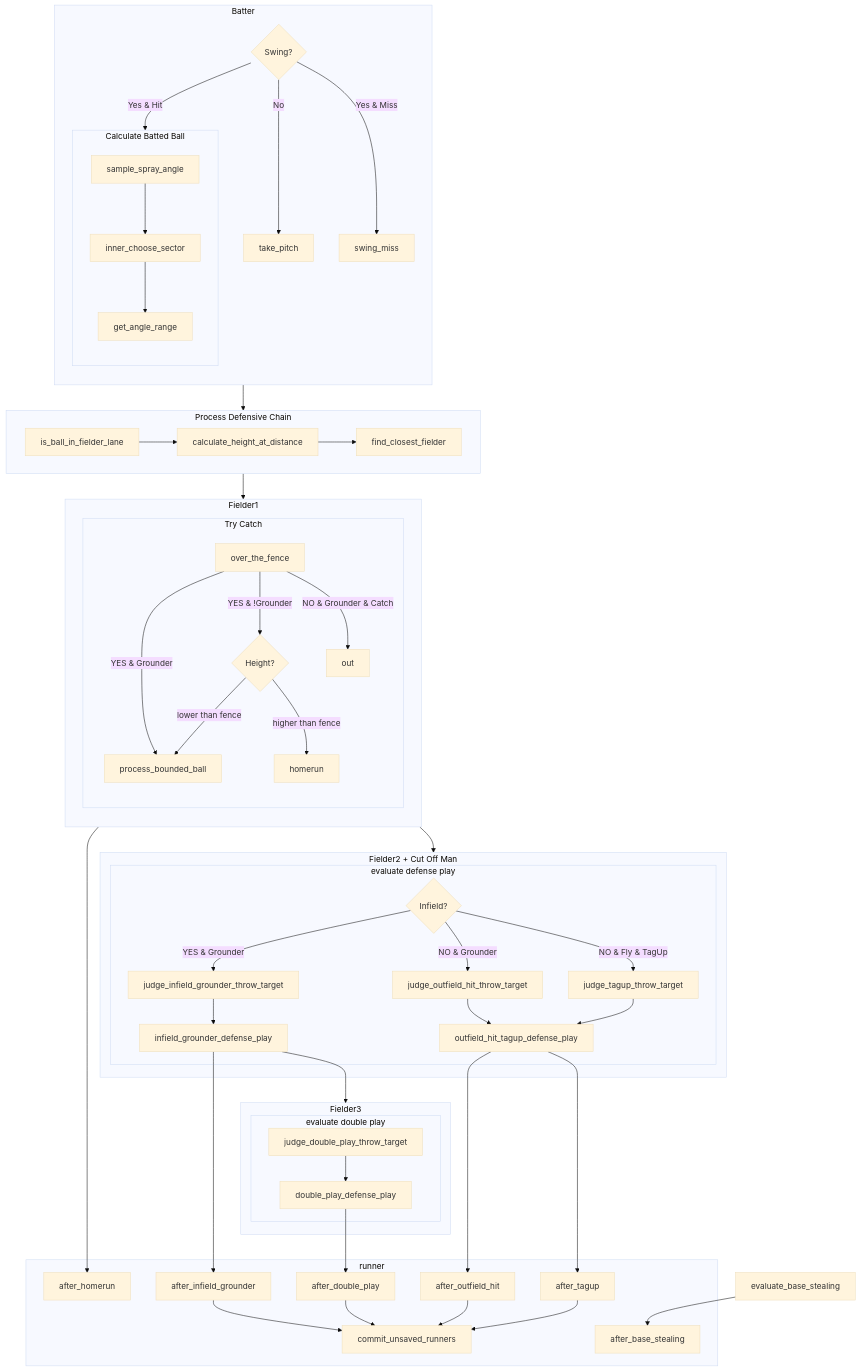
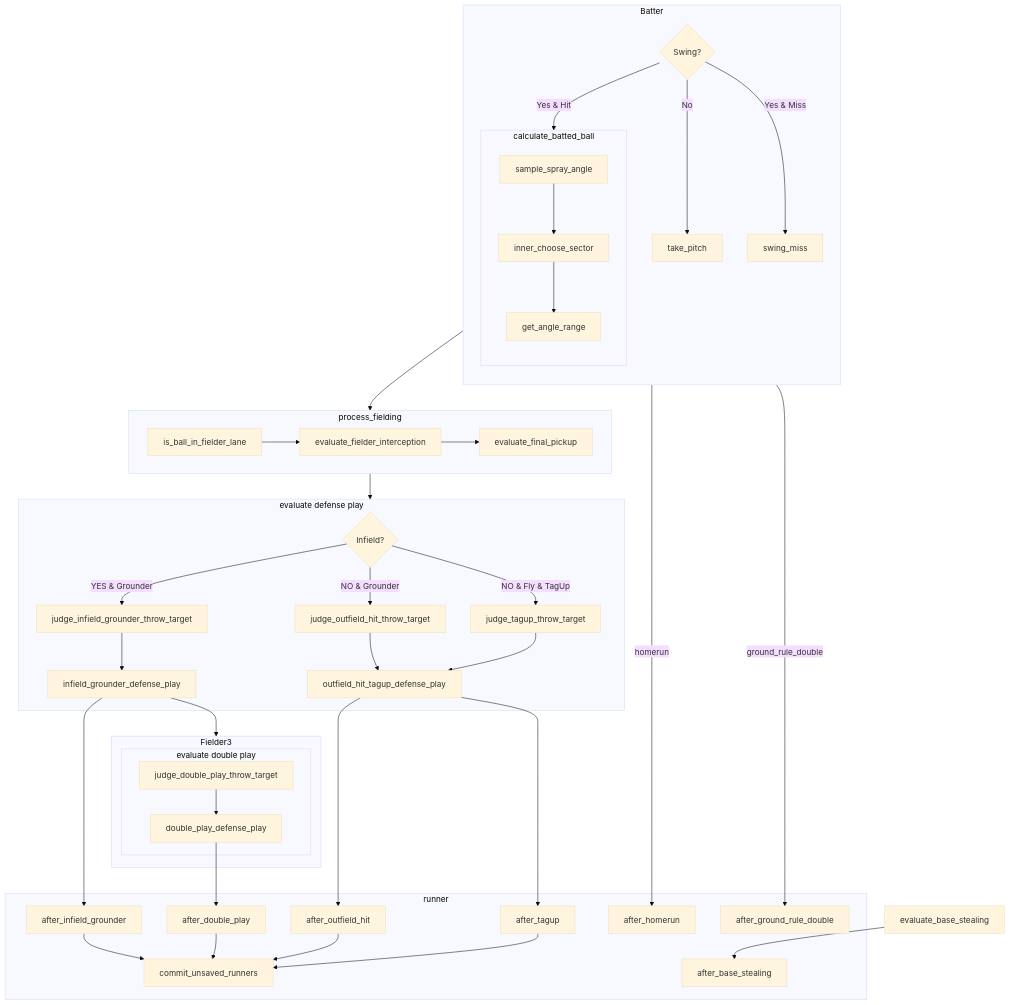
The diagram in docs/mmd/ball_play_diagram.mmd (torafugu/saberbb), drawn with Mermaid (base theme) before and after one commit. The commit also changed 17 other files, not shown here.

```diff
--- a/docs/mmd/ball_play_diagram.mmd
+++ b/docs/mmd/ball_play_diagram.mmd
@@ -1,81 +1,64 @@
 flowchart TD
   subgraph batter["Batter"]
     direction TB
     swing{Swing?}
     swing --> |No|take_pitch
     swing --> |Yes & Miss|swing_miss
     swing --> |Yes & Hit|calculate_batted_ball
   end
 
-  subgraph calculate_batted_ball["Calculate Batted Ball"]
+  subgraph calculate_batted_ball
     direction TB
     sample_spray_angle --> inner_choose_sector --> get_angle_range
   end
 
-  calculate_batted_ball --> process_defensive_chain
+  calculate_batted_ball --> process_fielding
+  calculate_batted_ball --> |homerun|after_homerun
+  calculate_batted_ball --> |ground_rule_double|after_ground_rule_double
 
-  subgraph process_defensive_chain["Process Defensive Chain"]
-    is_ball_in_fielder_lane --> calculate_height_at_distance
-    calculate_height_at_distance --> find_closest_fielder
+  subgraph process_fielding
+    is_ball_in_fielder_lane --> evaluate_fielder_interception
+    evaluate_fielder_interception --> evaluate_final_pickup
   end
 
-  process_defensive_chain --> fielder1
+  process_fielding --> evaluate_defense_play
 
-  subgraph fielder1["Fielder1"]
-    direction TB
-    try_catch
-  end
-
-  subgraph try_catch["Try Catch"]
-    direction TB
-    
-    height2 --> |lower than fence|process_bounded_ball
-    height2 --> |higher than fence|homerun
-    over_the_fence --> |YES & Grounder|process_bounded_ball
-    over_the_fence --> |YES & !Grounder|height2{"Height?"}
-    over_the_fence --> |NO & Grounder & Catch|out
-  end
-
-  fielder1 --> fielder2
-  homerun --> after_homerun
-
-  subgraph fielder2["Fielder2 + Cut Off Man"]
-    evaluate_defense_play
-  end
 
   subgraph evaluate_defense_play["evaluate defense play"]
     infield{Infield?} --> |YES & Grounder|judge_infield_grounder_throw_target
 
     judge_infield_grounder_throw_target --> infield_grounder_defense_play
 
     infield --> |NO & Grounder|judge_outfield_hit_throw_target
     infield --> |NO & Fly & TagUp|judge_tagup_throw_target
 
     judge_tagup_throw_target --> outfield_hit_tagup_defense_play
     judge_outfield_hit_throw_target --> outfield_hit_tagup_defense_play
   end
 
   infield_grounder_defense_play --> fielder3
 
   subgraph fielder3["Fielder3"]
     evaluate_double_play
   end
 
   subgraph evaluate_double_play["evaluate double play"]
     judge_double_play_throw_target --> double_play_defense_play
   end
 
   outfield_hit_tagup_defense_play --> after_outfield_hit
   outfield_hit_tagup_defense_play --> after_tagup
   infield_grounder_defense_play --> after_infield_grounder
   double_play_defense_play --> after_double_play
   evaluate_base_stealing --> after_base_stealing
 
   subgraph runner
     after_homerun
+    after_ground_rule_double
+
     after_infield_grounder --> commit_unsaved_runners
     after_outfield_hit --> commit_unsaved_runners
     after_tagup --> commit_unsaved_runners
     after_base_stealing
     after_double_play --> commit_unsaved_runners
   end
```
